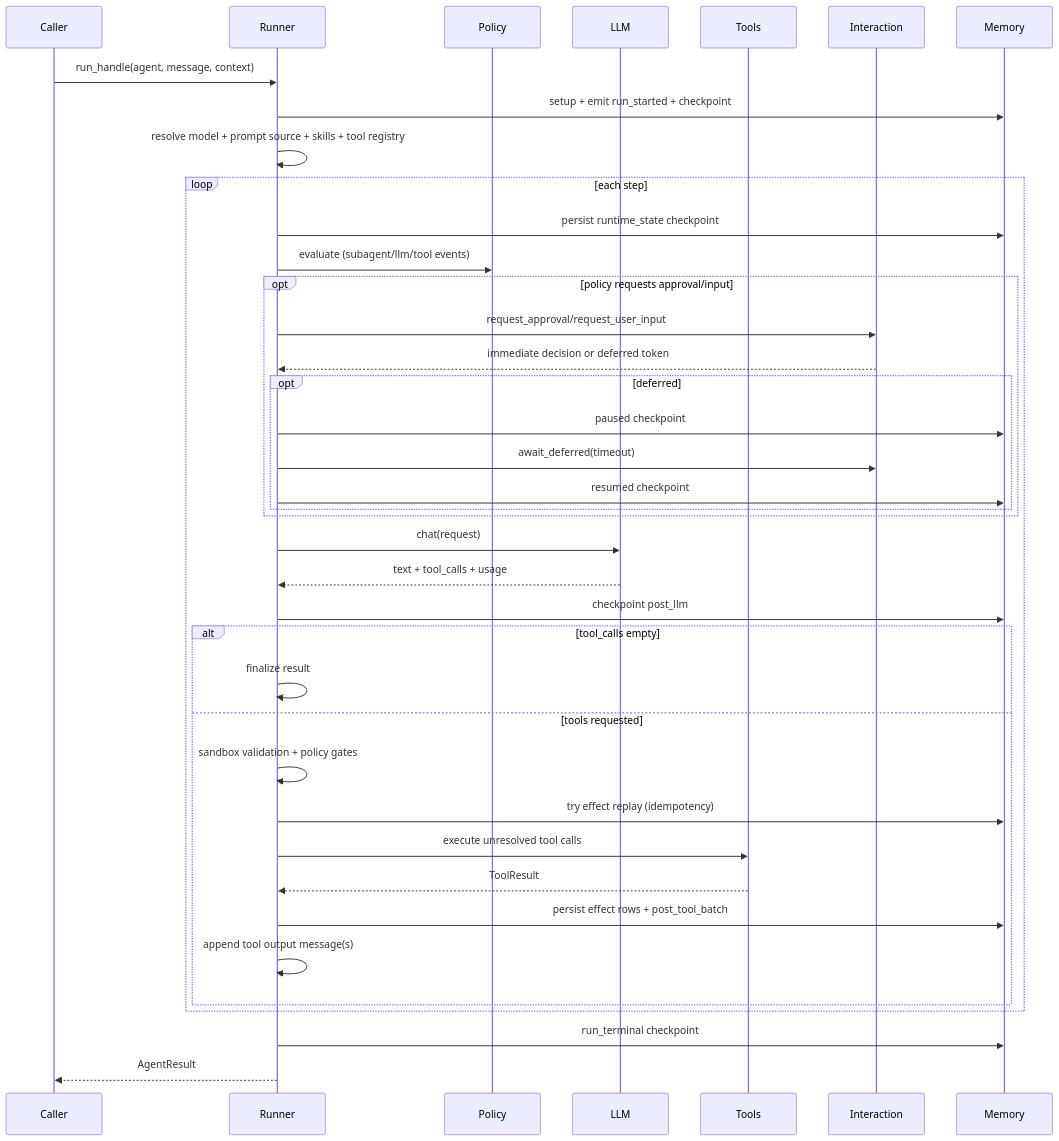
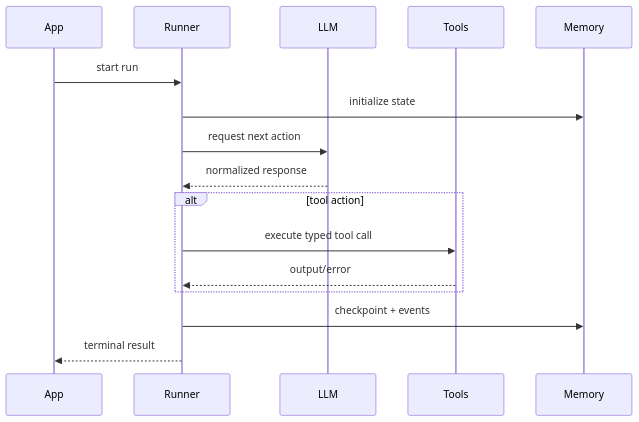
Before and after one commit to Luseefor/afk: the second of 2 diagrams in docs/library/architecture.mdx, drawn with Mermaid. The commit also changed other lines of this file and 133 other files, not shown here.

````diff
--- a/docs/library/architecture.mdx
+++ b/docs/library/architecture.mdx
@@ -70,47 +30,19 @@
 ```mermaid
 sequenceDiagram
-    participant Caller
+    participant App
     participant Runner
-    participant Policy
     participant LLM
     participant Tools
-    participant Interaction
     participant Memory
 
-    Caller->>Runner: run_handle(agent, message, context)
-    Runner->>Memory: setup + emit run_started + checkpoint
-    Runner->>Runner: resolve model + prompt source + skills + tool registry
-
-    loop each step
-        Runner->>Memory: persist runtime_state checkpoint
-        Runner->>Policy: evaluate (subagent/llm/tool events)
-
-        opt policy requests approval/input
-            Runner->>Interaction: request_approval/request_user_input
-            Interaction-->>Runner: immediate decision or deferred token
-            opt deferred
-                Runner->>Memory: paused checkpoint
-                Runner->>Interaction: await_deferred(timeout)
-                Runner->>Memory: resumed checkpoint
-            end
-        end
-
-        Runner->>LLM: chat(request)
-        LLM-->>Runner: text + tool_calls + usage
-        Runner->>Memory: checkpoint post_llm
-
-        alt tool_calls empty
-            Runner->>Runner: finalize result
-        else tools requested
-            Runner->>Runner: sandbox validation + policy gates
-            Runner->>Memory: try effect replay (idempotency)
-            Runner->>Tools: execute unresolved tool calls
-            Tools-->>Runner: ToolResult
-            Runner->>Memory: persist effect rows + post_tool_batch
-            Runner->>Runner: append tool output message(s)
-        end
+    App->>Runner: start run
+    Runner->>Memory: initialize state
+    Runner->>LLM: request next action
+    LLM-->>Runner: normalized response
+    alt tool action
+        Runner->>Tools: execute typed tool call
+        Tools-->>Runner: output/error
     end
-
-    Runner->>Memory: run_terminal checkpoint
-    Runner-->>Caller: AgentResult
+    Runner->>Memory: checkpoint + events
+    Runner-->>App: terminal result
 ```
````
